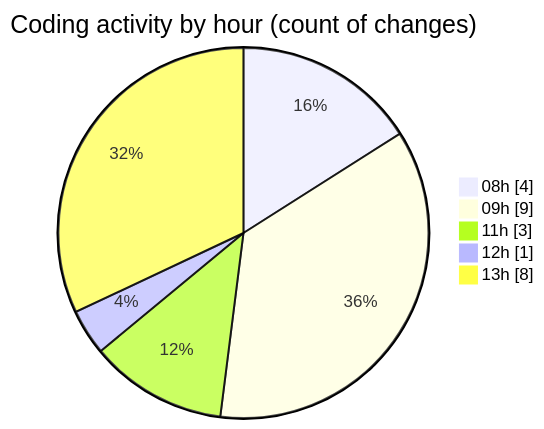
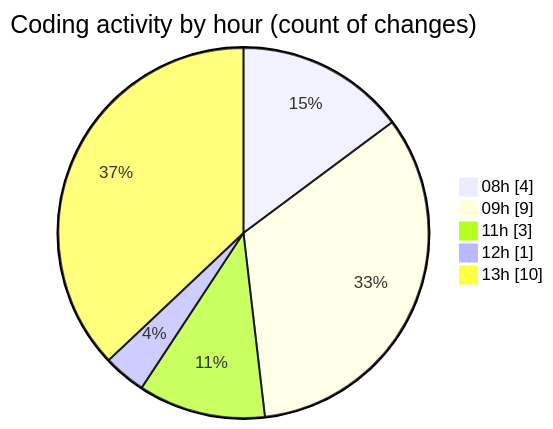
Before and after one commit to momahboobian/code-tracking: the second of 2 diagrams in 2025-05-07/samplepdf/README.md, drawn with Mermaid. The commit also changed other lines of this file and 1 other file, not shown here.

````diff
--- a/2025-05-07/samplepdf/README.md
+++ b/2025-05-07/samplepdf/README.md
@@ -35,9 +36,9 @@
 ```mermaid
 pie showData
 title Coding activity by hour (count of changes)
 "08h" : 4
 "09h" : 9
 "11h" : 3
 "12h" : 1
-"13h" : 8
+"13h" : 10
 ```
````
